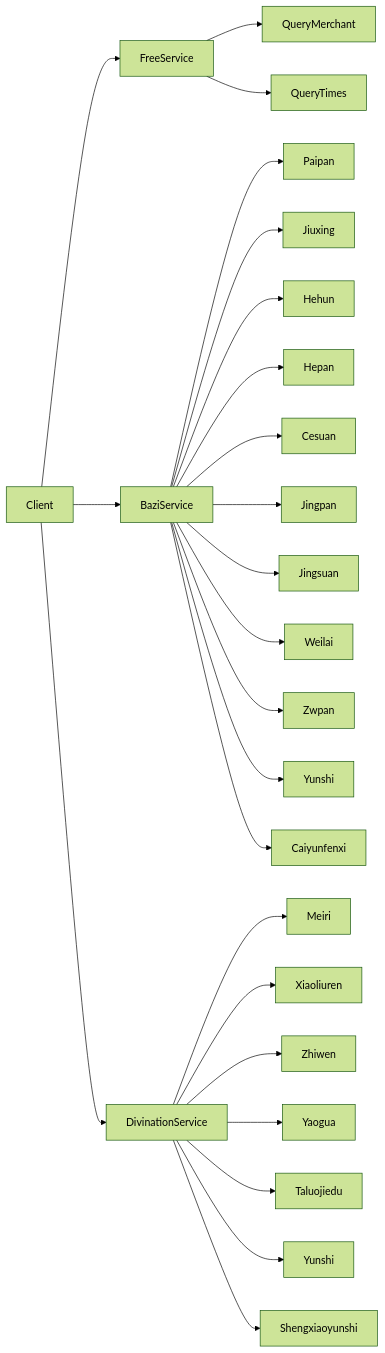
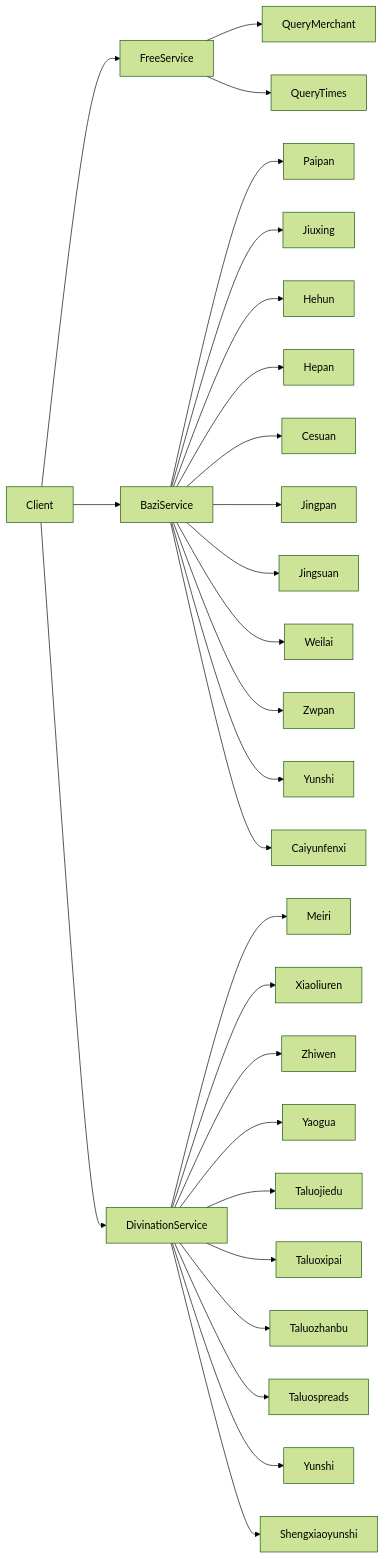
Before and after one commit to Scorpio69t/yuanfenju-go-sdk: the first of 2 diagrams in README.md, drawn with Mermaid (forest theme). The commit also changed other lines of this file and 4 other files, not shown here.

````diff
--- a/README.md
+++ b/README.md
@@ -58,29 +58,32 @@
 ```mermaid
 flowchart LR
     A[Client] --> B[FreeService]
     A --> C[BaziService]
     A --> D[DivinationService]
 
     B --> B1[QueryMerchant]
     B --> B2[QueryTimes]
 
     C --> C1[Paipan]
     C --> C2[Jiuxing]
     C --> C3[Hehun]
     C --> C4[Hepan]
     C --> C5[Cesuan]
     C --> C6[Jingpan]
     C --> C7[Jingsuan]
     C --> C8[Weilai]
     C --> C9[Zwpan]
     C --> C10[Yunshi]
     C --> C11[Caiyunfenxi]
 
     D --> D1[Meiri]
     D --> D2[Xiaoliuren]
     D --> D3[Zhiwen]
     D --> D4[Yaogua]
     D --> D5[Taluojiedu]
-    D --> D6[Yunshi]
-    D --> D7[Shengxiaoyunshi]
+    D --> D6[Taluoxipai]
+    D --> D7[Taluozhanbu]
+    D --> D8[Taluospreads]
+    D --> D9[Yunshi]
+    D --> D10[Shengxiaoyunshi]
 ```
````
